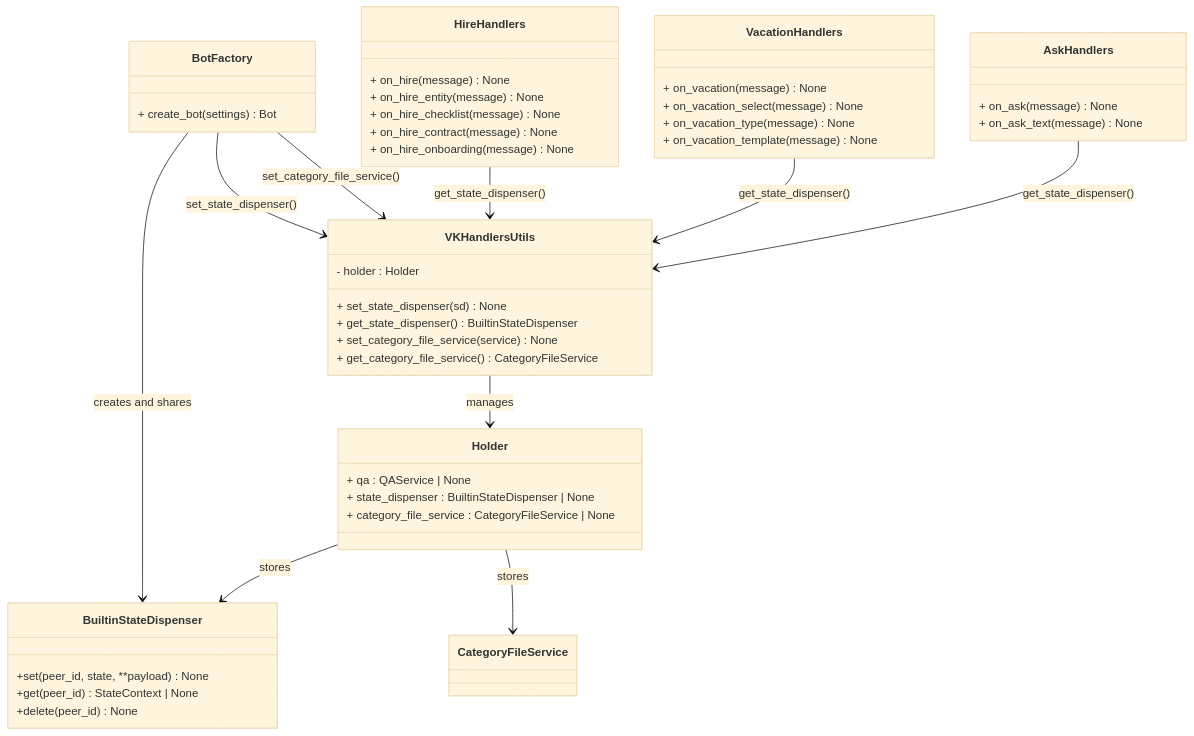
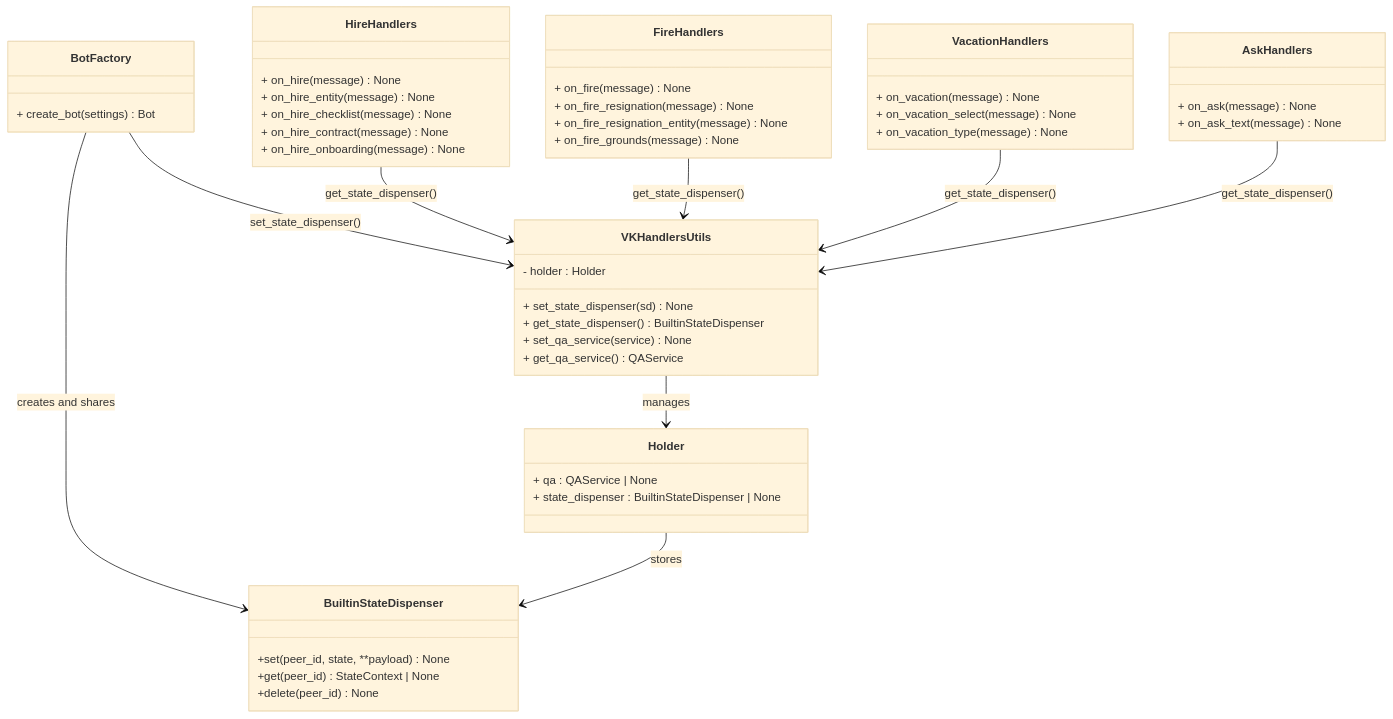
The third of 20 diagrams in .qoder/repowiki/en/content/VK Integration/VK Integration.md (ognelis/cafetera_hr_bot), drawn with Mermaid (base theme) before and after one commit. The commit also changed other lines of this file and 14 other files, not shown here.

````diff
--- a/.qoder/repowiki/en/content/VK Integration/VK Integration.md
+++ b/.qoder/repowiki/en/content/VK Integration/VK Integration.md
@@ -331,49 +297,52 @@
 ```mermaid
 classDiagram
 class BuiltinStateDispenser {
 +set(peer_id, state, **payload) None
 +get(peer_id) StateContext | None
 +delete(peer_id) None
 }
 class VKHandlersUtils {
 - holder : Holder
 + set_state_dispenser(sd) None
 + get_state_dispenser() BuiltinStateDispenser
-+ set_category_file_service(service) None
-+ get_category_file_service() CategoryFileService
++ set_qa_service(service) None
++ get_qa_service() QAService
 }
 class Holder {
 + qa : QAService | None
 + state_dispenser : BuiltinStateDispenser | None
-+ category_file_service : CategoryFileService | None
 }
 class BotFactory {
 + create_bot(settings) Bot
 }
 class HireHandlers {
 + on_hire(message) None
 + on_hire_entity(message) None
 + on_hire_checklist(message) None
 + on_hire_contract(message) None
 + on_hire_onboarding(message) None
 }
+class FireHandlers {
++ on_fire(message) None
++ on_fire_resignation(message) None
++ on_fire_resignation_entity(message) None
++ on_fire_grounds(message) None
+}
 class VacationHandlers {
 + on_vacation(message) None
 + on_vacation_select(message) None
 + on_vacation_type(message) None
-+ on_vacation_template(message) None
 }
 class AskHandlers {
 + on_ask(message) None
 + on_ask_text(message) None
 }
 BotFactory --> BuiltinStateDispenser : creates and shares
 BotFactory --> VKHandlersUtils : set_state_dispenser()
-BotFactory --> VKHandlersUtils : set_category_file_service()
 VKHandlersUtils --> Holder : manages
 Holder --> BuiltinStateDispenser : stores
-Holder --> CategoryFileService : stores
 HireHandlers --> VKHandlersUtils : get_state_dispenser()
+FireHandlers --> VKHandlersUtils : get_state_dispenser()
 VacationHandlers --> VKHandlersUtils : get_state_dispenser()
 AskHandlers --> VKHandlersUtils : get_state_dispenser()
 ```
````
